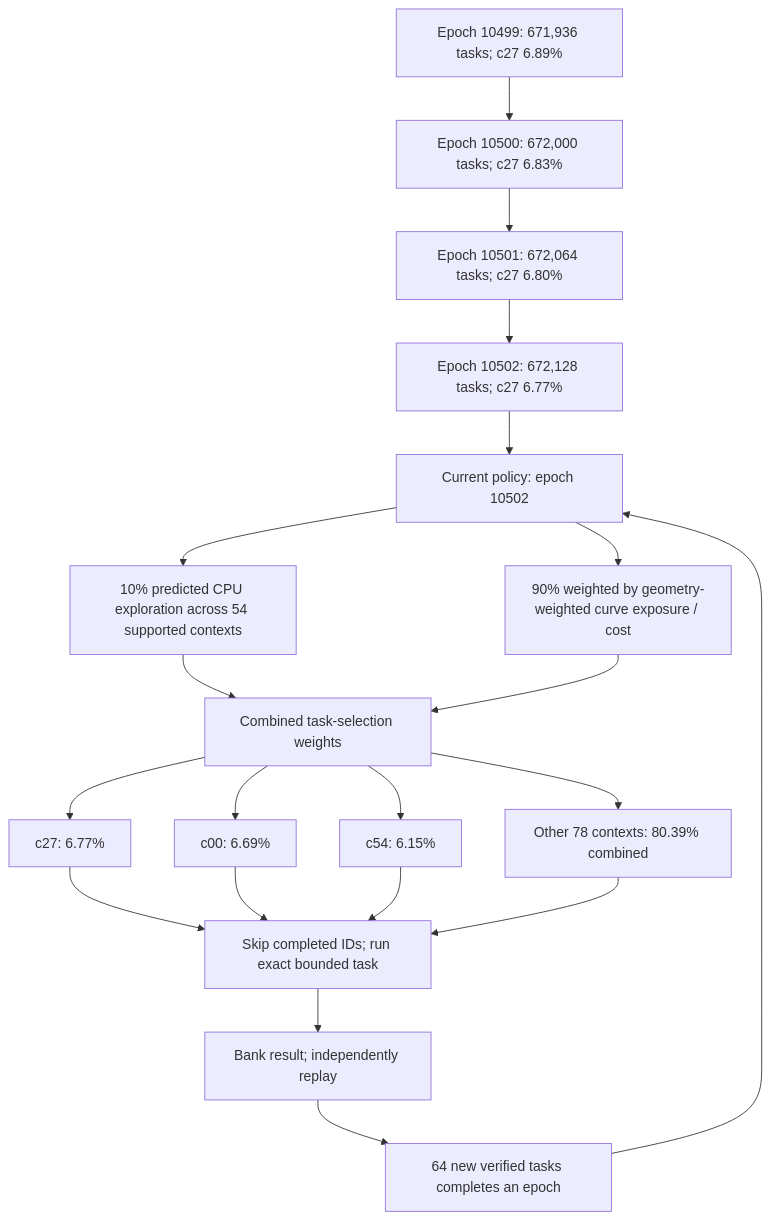
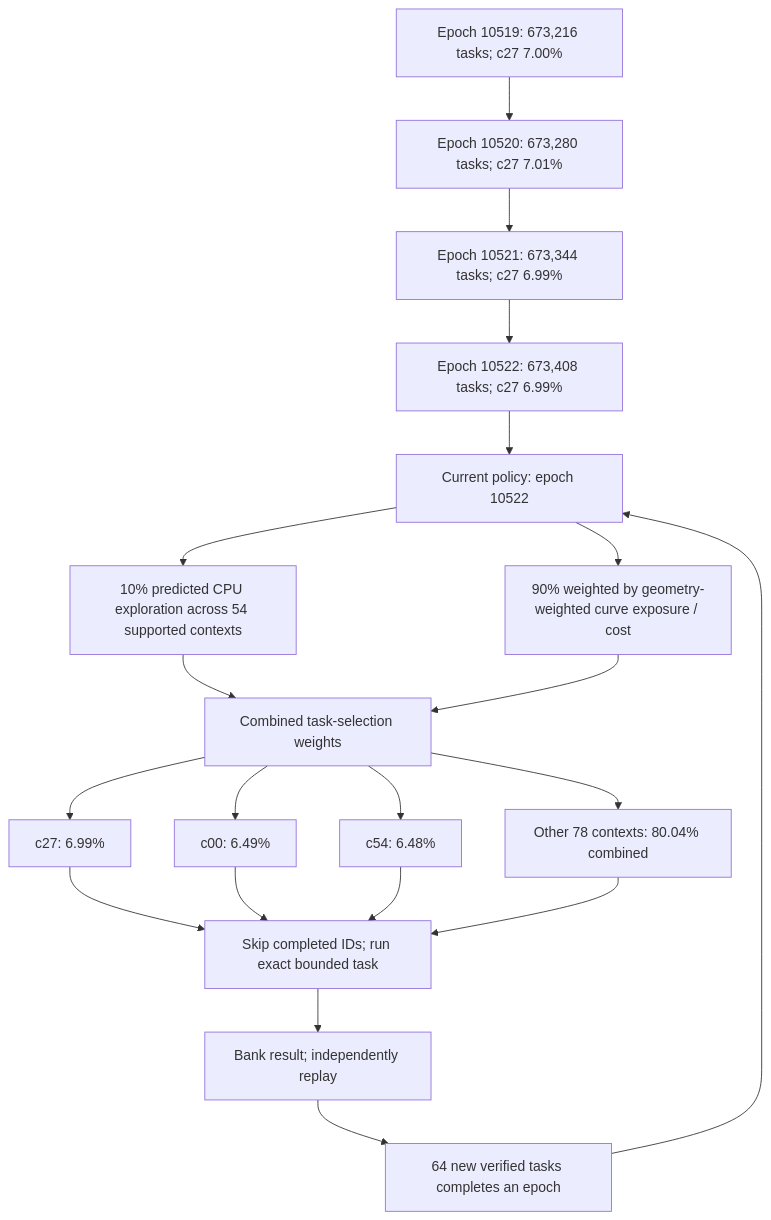
Before and after one commit to Kuberwastaken/math-gambling: the first of 4 diagrams in README.md, drawn with Mermaid. The commit also changed other lines of this file and 3494 other files, not shown here.

````diff
--- a/README.md
+++ b/README.md
@@ -60,27 +60,27 @@
 ```mermaid
 flowchart TD
-    H0["Epoch 10499: 671,936 tasks; c27 6.89%"]
-    H1["Epoch 10500: 672,000 tasks; c27 6.83%"]
+    H0["Epoch 10519: 673,216 tasks; c27 7.00%"]
+    H1["Epoch 10520: 673,280 tasks; c27 7.01%"]
     H0 --> H1
-    H2["Epoch 10501: 672,064 tasks; c27 6.80%"]
+    H2["Epoch 10521: 673,344 tasks; c27 6.99%"]
     H1 --> H2
-    H3["Epoch 10502: 672,128 tasks; c27 6.77%"]
+    H3["Epoch 10522: 673,408 tasks; c27 6.99%"]
     H2 --> H3
-    Policy["Current policy: epoch 10502"]
+    Policy["Current policy: epoch 10522"]
     H3 --> Policy
     Policy --> Explore["10% predicted CPU exploration across 54 supported contexts"]
     Policy --> Cost["90% weighted by geometry-weighted curve exposure / cost"]
     Explore --> Mix["Combined task-selection weights"]
     Cost --> Mix
-    Mix --> C0["c27: 6.77%"]
-    Mix --> C1["c00: 6.69%"]
-    Mix --> C2["c54: 6.15%"]
-    Mix --> Rest["Other 78 contexts: 80.39% combined"]
+    Mix --> C0["c27: 6.99%"]
+    Mix --> C1["c00: 6.49%"]
+    Mix --> C2["c54: 6.48%"]
+    Mix --> Rest["Other 78 contexts: 80.04% combined"]
     C0 --> Check["Skip completed IDs; run exact bounded task"]
     C1 --> Check
     C2 --> Check
     Rest --> Check
     Check --> Replay["Bank result; independently replay"]
     Replay --> Gate["64 new verified tasks completes an epoch"]
     Gate --> Policy
 ```
````
